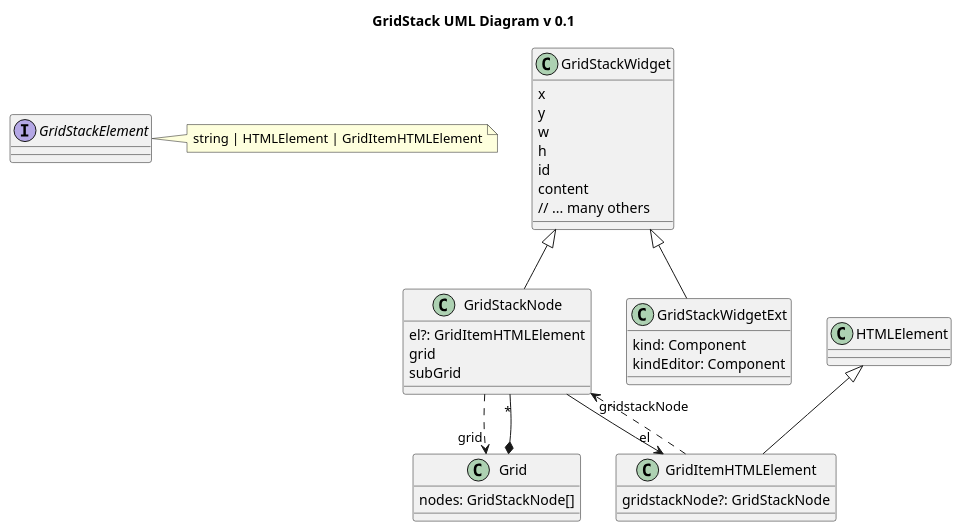
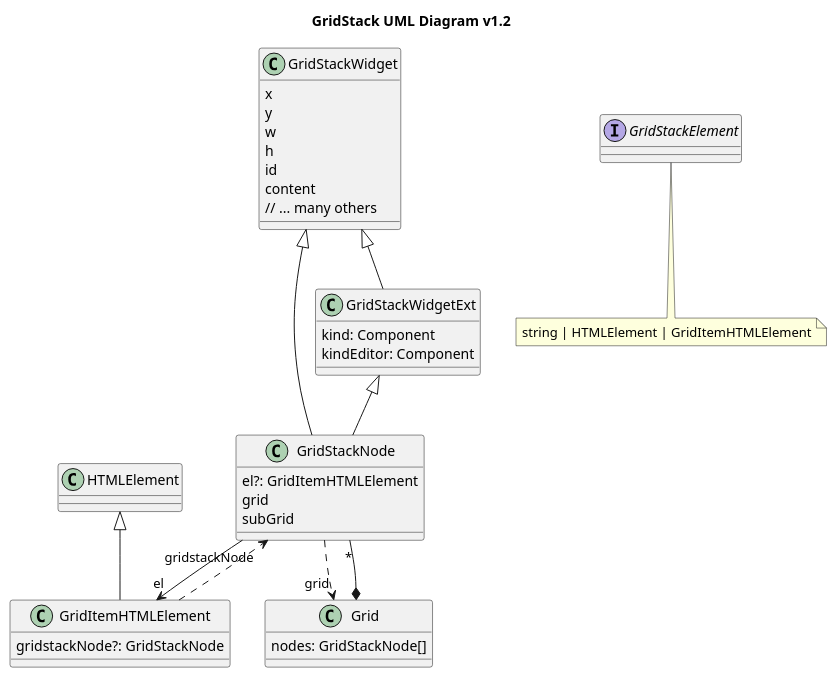
One commit to abulka/gridstack-vuejs-learnings changed the diagram in doco/uml.plantuml. Above: the diagram before and after it, drawn with PlantUML. The commit also changed 1 other file, not shown here.

```diff
--- a/doco/uml.plantuml
+++ b/doco/uml.plantuml
@@ -1,49 +1,49 @@
 @startuml
-title GridStack UML Diagram v 0.1
+title GridStack UML Diagram v1.2
 
 class GridStackWidget {
     x
     y
     w
     h
     id
     content 
     // ... many others
 }
 
-class GridStackNode extends GridStackWidget {
+class GridStackNode extends GridStackWidget, GridStackWidgetExt {
     el?: GridItemHTMLElement
     grid
     subGrid
 }
 
 class GridStackWidgetExt extends GridStackWidget {
     kind: Component 
     kindEditor: Component
 }
 
 interface GridStackElement {}
 
 class HTMLElement {}
 
 class GridItemHTMLElement extends HTMLElement {
     gridstackNode?: GridStackNode
 }
 
 class Grid {
     nodes: GridStackNode[]
 }
 
 Grid *-- "*" GridStackNode
 
 GridStackNode --> "el" GridItemHTMLElement
 GridItemHTMLElement ..> "gridstackNode" GridStackNode
 GridStackNode ..> "grid" Grid
 'GridStackWidgetExt --> GridStackWidget 
 'GridStackNode --|> GridStackWidgetExt
 
-note right of GridStackElement
+note bottom of GridStackElement
     string | HTMLElement | GridItemHTMLElement
 end note
 
 @enduml
```
